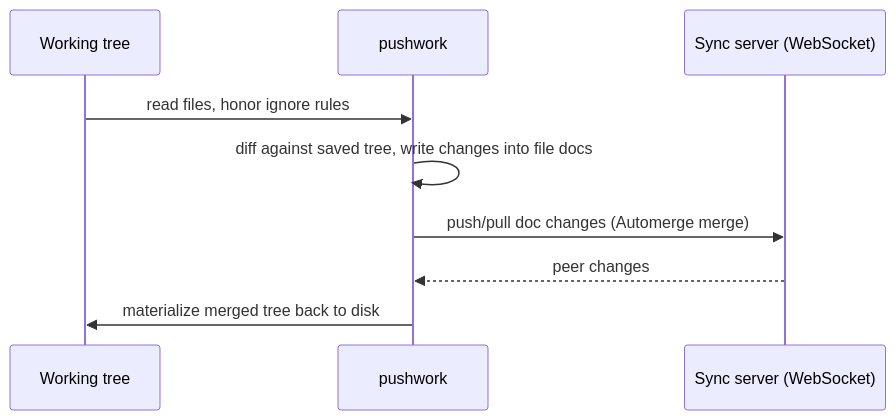
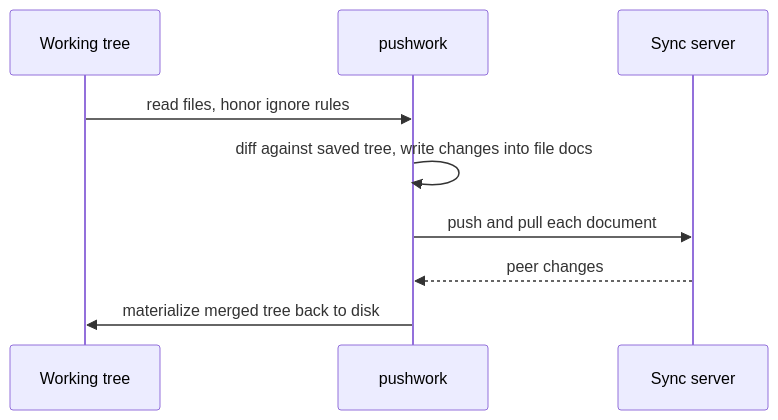
The second of 2 diagrams in README.md (inkandswitch/pushwork), drawn with Mermaid before and after one commit. The commit also changed other lines of this file and 60 other files, not shown here.

````diff
--- a/README.md
+++ b/README.md
@@ -270,11 +234,11 @@
 ```mermaid
 sequenceDiagram
     participant FS as Working tree
     participant PW as pushwork
-    participant SRV as Sync server (WebSocket)
+    participant SRV as Sync server
     FS->>PW: read files, honor ignore rules
     PW->>PW: diff against saved tree, write changes into file docs
-    PW->>SRV: push/pull doc changes (Automerge merge)
+    PW->>SRV: push and pull each document
     SRV-->>PW: peer changes
     PW->>FS: materialize merged tree back to disk
 ```
````
